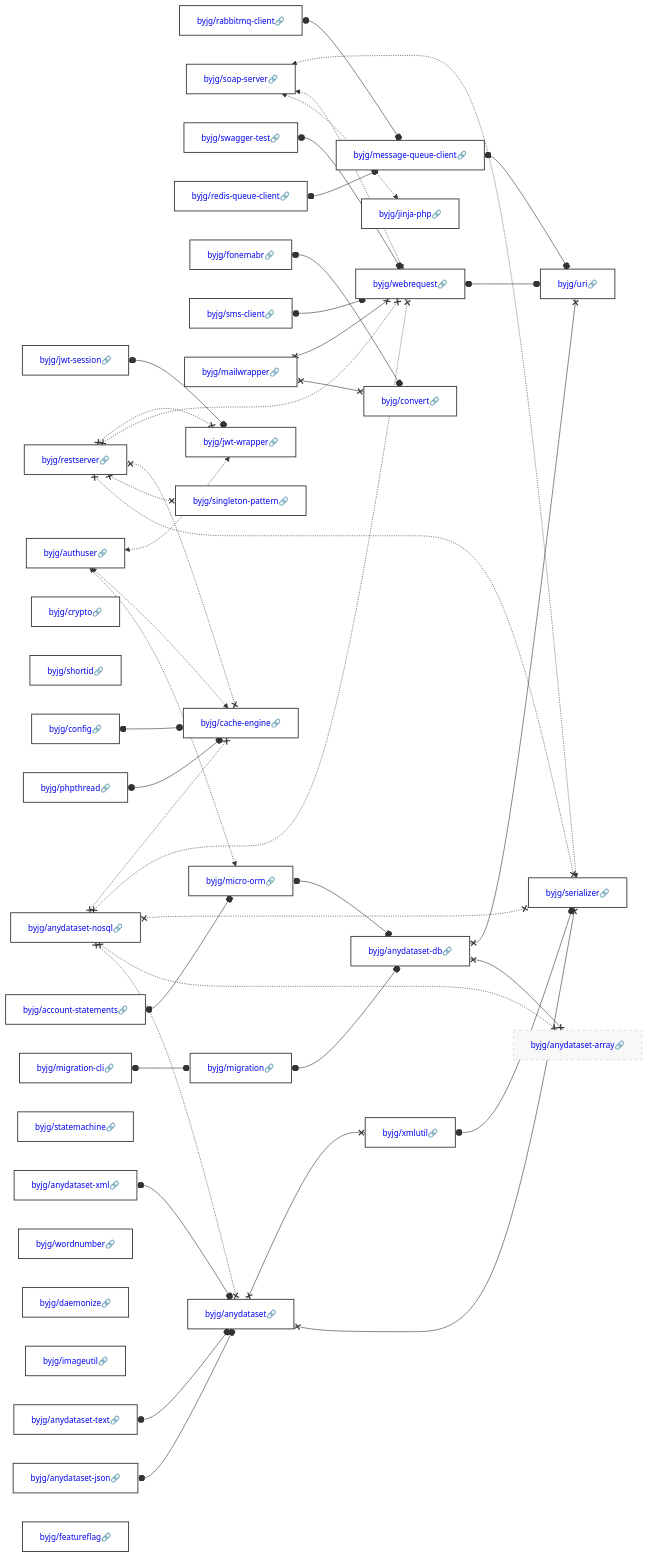
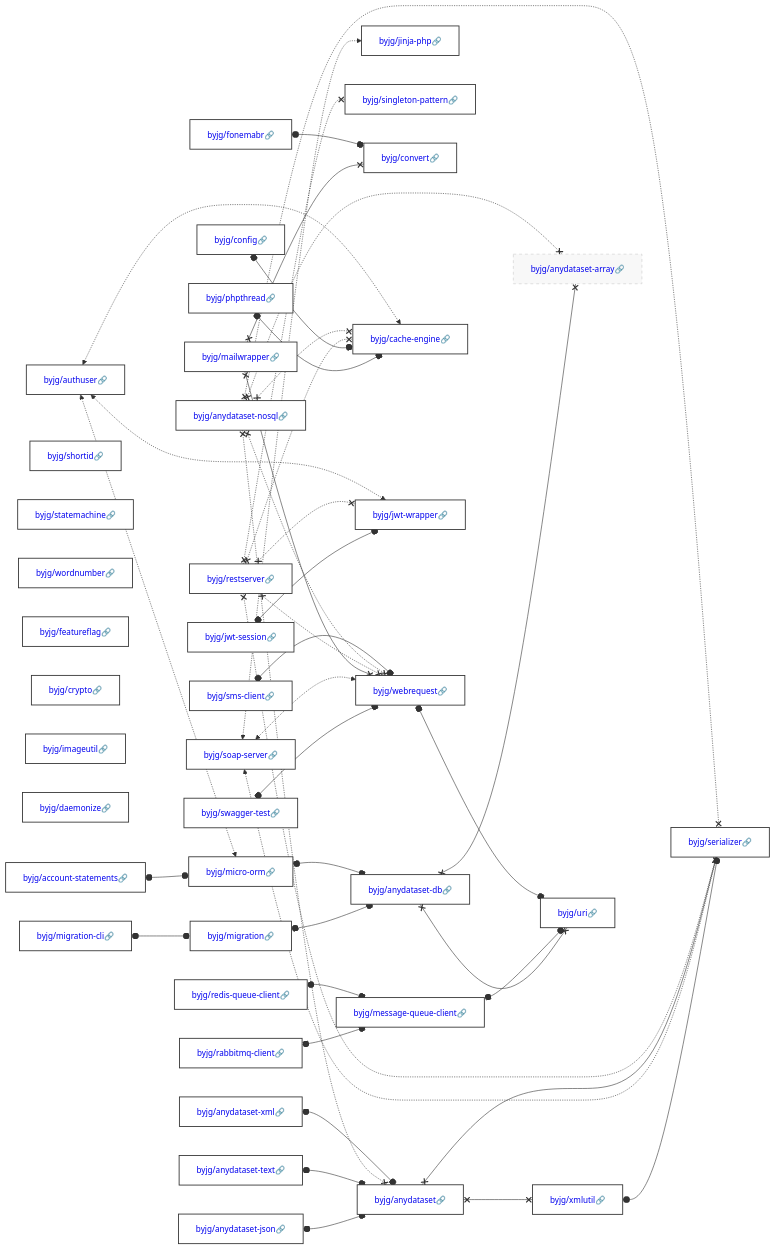
The diagram in docs/php/README.md (byjg/byjg.github.io), drawn with Mermaid before and after one commit. The commit also changed other lines of this file and 1 other file, not shown here.

Commit message:
Update documentation 'php' 'php-jwt-wrapper'

````diff
--- a/docs/php/README.md
+++ b/docs/php/README.md
@@ -3,45 +3,45 @@
 ```mermaid
 graph LR;
-  byjg/restserver[<a href='https://opensource.byjg.com/docs/php/restserver' style='text-decoration:none'>byjg/restserver🔗</a>];
+  byjg/account-statements[<a href='https://opensource.byjg.com/docs/php/account-statements' style='text-decoration:none'>byjg/account-statements🔗</a>];
+  byjg/sms-client[<a href='https://opensource.byjg.com/docs/php/sms-client' style='text-decoration:none'>byjg/sms-client🔗</a>];
+  byjg/shortid[<a href='https://opensource.byjg.com/docs/php/shortid' style='text-decoration:none'>byjg/shortid🔗</a>];
+  byjg/config[<a href='https://opensource.byjg.com/docs/php/config' style='text-decoration:none'>byjg/config🔗</a>];
+  byjg/statemachine[<a href='https://opensource.byjg.com/docs/php/statemachine' style='text-decoration:none'>byjg/statemachine🔗</a>];
   byjg/rabbitmq-client[<a href='https://opensource.byjg.com/docs/php/rabbitmq-client' style='text-decoration:none'>byjg/rabbitmq-client🔗</a>];
-  byjg/authuser[<a href='https://opensource.byjg.com/docs/php/authuser' style='text-decoration:none'>byjg/authuser🔗</a>];
+  byjg/redis-queue-client[<a href='https://opensource.byjg.com/docs/php/redis-queue-client' style='text-decoration:none'>byjg/redis-queue-client🔗</a>];
+  byjg/jwt-session[<a href='https://opensource.byjg.com/docs/php/jwt-session' style='text-decoration:none'>byjg/jwt-session🔗</a>];
+  byjg/wordnumber[<a href='https://opensource.byjg.com/docs/php/wordnumber' style='text-decoration:none'>byjg/wordnumber🔗</a>];
+  byjg/featureflag[<a href='https://opensource.byjg.com/docs/php/featureflag' style='text-decoration:none'>byjg/featureflag🔗</a>];
+  byjg/anydataset-xml[<a href='https://opensource.byjg.com/docs/php/anydataset-xml' style='text-decoration:none'>byjg/anydataset-xml🔗</a>];
+  byjg/phpthread[<a href='https://opensource.byjg.com/docs/php/phpthread' style='text-decoration:none'>byjg/phpthread🔗</a>];
+  byjg/anydataset-nosql[<a href='https://opensource.byjg.com/docs/php/anydataset-nosql' style='text-decoration:none'>byjg/anydataset-nosql🔗</a>];
   byjg/soap-server[<a href='https://opensource.byjg.com/docs/php/soap-server' style='text-decoration:none'>byjg/soap-server🔗</a>];
   byjg/swagger-test[<a href='https://opensource.byjg.com/docs/php/swagger-test' style='text-decoration:none'>byjg/swagger-test🔗</a>];
-  byjg/redis-queue-client[<a href='https://opensource.byjg.com/docs/php/redis-queue-client' style='text-decoration:none'>byjg/redis-queue-client🔗</a>];
+  byjg/fonemabr[<a href='https://opensource.byjg.com/docs/php/fonemabr' style='text-decoration:none'>byjg/fonemabr🔗</a>];
+  byjg/restserver[<a href='https://opensource.byjg.com/docs/php/restserver' style='text-decoration:none'>byjg/restserver🔗</a>];
+  byjg/crypto[<a href='https://opensource.byjg.com/docs/php/crypto' style='text-decoration:none'>byjg/crypto🔗</a>];
+  byjg/anydataset-text[<a href='https://opensource.byjg.com/docs/php/anydataset-text' style='text-decoration:none'>byjg/anydataset-text🔗</a>];
+  byjg/imageutil[<a href='https://opensource.byjg.com/docs/php/imageutil' style='text-decoration:none'>byjg/imageutil🔗</a>];
+  byjg/mailwrapper[<a href='https://opensource.byjg.com/docs/php/mailwrapper' style='text-decoration:none'>byjg/mailwrapper🔗</a>];
+  byjg/daemonize[<a href='https://opensource.byjg.com/docs/php/daemonize' style='text-decoration:none'>byjg/daemonize🔗</a>];
+  byjg/migration-cli[<a href='https://opensource.byjg.com/docs/php/migration-cli' style='text-decoration:none'>byjg/migration-cli🔗</a>];
+  byjg/authuser[<a href='https://opensource.byjg.com/docs/php/authuser' style='text-decoration:none'>byjg/authuser🔗</a>];
   byjg/anydataset-json[<a href='https://opensource.byjg.com/docs/php/anydataset-json' style='text-decoration:none'>byjg/anydataset-json🔗</a>];
-  byjg/crypto[<a href='https://opensource.byjg.com/docs/php/crypto' style='text-decoration:none'>byjg/crypto🔗</a>];
-  byjg/shortid[<a href='https://opensource.byjg.com/docs/php/shortid' style='text-decoration:none'>byjg/shortid🔗</a>];
-  byjg/anydataset-nosql[<a href='https://opensource.byjg.com/docs/php/anydataset-nosql' style='text-decoration:none'>byjg/anydataset-nosql🔗</a>];
-  byjg/fonemabr[<a href='https://opensource.byjg.com/docs/php/fonemabr' style='text-decoration:none'>byjg/fonemabr🔗</a>];
-  byjg/jwt-session[<a href='https://opensource.byjg.com/docs/php/jwt-session' style='text-decoration:none'>byjg/jwt-session🔗</a>];
-  byjg/phpthread[<a href='https://opensource.byjg.com/docs/php/phpthread' style='text-decoration:none'>byjg/phpthread🔗</a>];
-  byjg/anydataset-text[<a href='https://opensource.byjg.com/docs/php/anydataset-text' style='text-decoration:none'>byjg/anydataset-text🔗</a>];
-  byjg/config[<a href='https://opensource.byjg.com/docs/php/config' style='text-decoration:none'>byjg/config🔗</a>];
-  byjg/statemachine[<a href='https://opensource.byjg.com/docs/php/statemachine' style='text-decoration:none'>byjg/statemachine🔗</a>];
-  byjg/account-statements[<a href='https://opensource.byjg.com/docs/php/account-statements' style='text-decoration:none'>byjg/account-statements🔗</a>];
-  byjg/wordnumber[<a href='https://opensource.byjg.com/docs/php/wordnumber' style='text-decoration:none'>byjg/wordnumber🔗</a>];
-  byjg/daemonize[<a href='https://opensource.byjg.com/docs/php/daemonize' style='text-decoration:none'>byjg/daemonize🔗</a>];
-  byjg/sms-client[<a href='https://opensource.byjg.com/docs/php/sms-client' style='text-decoration:none'>byjg/sms-client🔗</a>];
-  byjg/imageutil[<a href='https://opensource.byjg.com/docs/php/imageutil' style='text-decoration:none'>byjg/imageutil🔗</a>];
-  byjg/anydataset-xml[<a href='https://opensource.byjg.com/docs/php/anydataset-xml' style='text-decoration:none'>byjg/anydataset-xml🔗</a>];
-  byjg/migration-cli[<a href='https://opensource.byjg.com/docs/php/migration-cli' style='text-decoration:none'>byjg/migration-cli🔗</a>];
-  byjg/mailwrapper[<a href='https://opensource.byjg.com/docs/php/mailwrapper' style='text-decoration:none'>byjg/mailwrapper🔗</a>];
-  byjg/featureflag[<a href='https://opensource.byjg.com/docs/php/featureflag' style='text-decoration:none'>byjg/featureflag🔗</a>];
+  byjg/message-queue-client[<a href='https://opensource.byjg.com/docs/php/message-queue-client' style='text-decoration:none'>byjg/message-queue-client🔗</a>];
+  byjg/jinja-php[<a href='https://opensource.byjg.com/docs/php/jinja-php' style='text-decoration:none'>byjg/jinja-php🔗</a>];
   byjg/singleton-pattern[<a href='https://opensource.byjg.com/docs/php/singleton-pattern' style='text-decoration:none'>byjg/singleton-pattern🔗</a>];
-  byjg/jinja-php[<a href='https://opensource.byjg.com/docs/php/jinja-php' style='text-decoration:none'>byjg/jinja-php🔗</a>];
-  byjg/message-queue-client[<a href='https://opensource.byjg.com/docs/php/message-queue-client' style='text-decoration:none'>byjg/message-queue-client🔗</a>];
-  byjg/jwt-wrapper[<a href='https://opensource.byjg.com/docs/php/jwt-wrapper' style='text-decoration:none'>byjg/jwt-wrapper🔗</a>];
-  byjg/cache-engine[<a href='https://opensource.byjg.com/docs/php/cache-engine' style='text-decoration:none'>byjg/cache-engine🔗</a>];
-  byjg/micro-orm[<a href='https://opensource.byjg.com/docs/php/micro-orm' style='text-decoration:none'>byjg/micro-orm🔗</a>];
-  byjg/anydataset[<a href='https://opensource.byjg.com/docs/php/anydataset' style='text-decoration:none'>byjg/anydataset🔗</a>];
-  byjg/migration[<a href='https://opensource.byjg.com/docs/php/migration' style='text-decoration:none'>byjg/migration🔗</a>];
   byjg/convert[<a href='https://opensource.byjg.com/docs/php/convert' style='text-decoration:none'>byjg/convert🔗</a>];
   byjg/webrequest[<a href='https://opensource.byjg.com/docs/php/webrequest' style='text-decoration:none'>byjg/webrequest🔗</a>];
+  byjg/migration[<a href='https://opensource.byjg.com/docs/php/migration' style='text-decoration:none'>byjg/migration🔗</a>];
+  byjg/micro-orm[<a href='https://opensource.byjg.com/docs/php/micro-orm' style='text-decoration:none'>byjg/micro-orm🔗</a>];
+  byjg/cache-engine[<a href='https://opensource.byjg.com/docs/php/cache-engine' style='text-decoration:none'>byjg/cache-engine🔗</a>];
+  byjg/jwt-wrapper[<a href='https://opensource.byjg.com/docs/php/jwt-wrapper' style='text-decoration:none'>byjg/jwt-wrapper🔗</a>];
+  byjg/anydataset[<a href='https://opensource.byjg.com/docs/php/anydataset' style='text-decoration:none'>byjg/anydataset🔗</a>];
+  byjg/anydataset-db[<a href='https://opensource.byjg.com/docs/php/anydataset-db' style='text-decoration:none'>byjg/anydataset-db🔗</a>];
   byjg/xmlutil[<a href='https://opensource.byjg.com/docs/php/xmlutil' style='text-decoration:none'>byjg/xmlutil🔗</a>];
-  byjg/anydataset-db[<a href='https://opensource.byjg.com/docs/php/anydataset-db' style='text-decoration:none'>byjg/anydataset-db🔗</a>];
-  byjg/serializer[<a href='https://opensource.byjg.com/docs/php/serializer' style='text-decoration:none'>byjg/serializer🔗</a>];
   byjg/anydataset-array[<a href='https://opensource.byjg.com/docs/php/anydataset-array' style='text-decoration:none'>byjg/anydataset-array🔗</a>];
   byjg/uri[<a href='https://opensource.byjg.com/docs/php/uri' style='text-decoration:none'>byjg/uri🔗</a>];
+  byjg/serializer[<a href='https://opensource.byjg.com/docs/php/serializer' style='text-decoration:none'>byjg/serializer🔗</a>];
   byjg/xmlutil o--o byjg/serializer;
   byjg/rabbitmq-client o--o byjg/message-queue-client;
   byjg/migration o--o byjg/anydataset-db;
````
